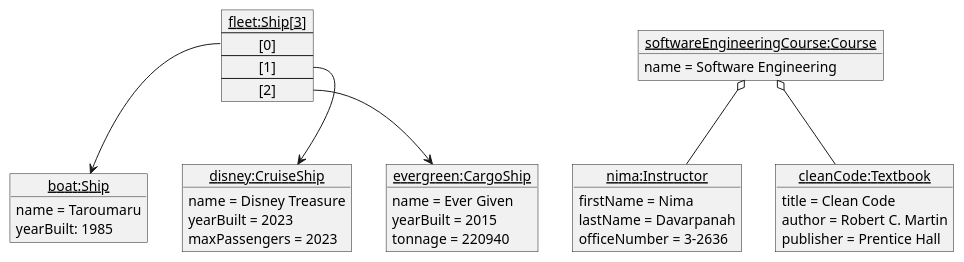
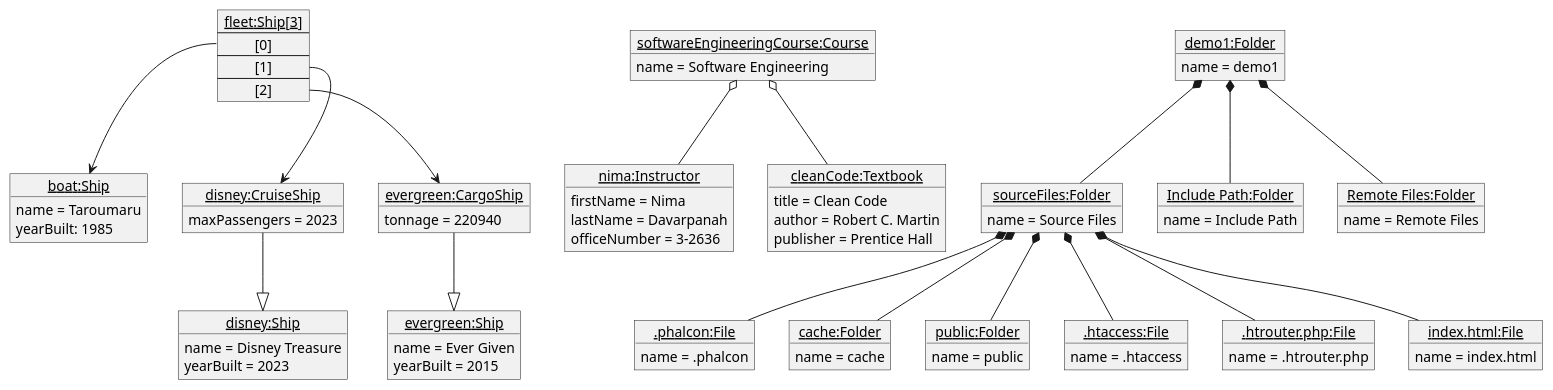
The diagram in src/Homework_3/HW3_Object_Diagrams.puml (Lex-ari/CS4800-Projects), drawn with PlantUML before and after one commit.

Commit message:
Complete Part 4 of HW3

```diff
--- a/src/Homework_3/HW3_Object_Diagrams.puml
+++ b/src/Homework_3/HW3_Object_Diagrams.puml
@@ -1,45 +1,96 @@
 @startuml
 'https://plantuml.com/object-diagram
 
 object "<u>boat:Ship</u>" as taroumaru{
 name = Taroumaru
 yearBuilt: 1985
 }
 
 object "<u>disney:CruiseShip</u>" as disney{
-name = Disney Treasure
-yearBuilt = 2023
 maxPassengers = 2023
 }
 
+object "<u>disney:Ship</u>" as disneyShip{
+name = Disney Treasure
+yearBuilt = 2023
+}
+
 object "<u>evergreen:CargoShip</u>" as evergreen{
+tonnage = 220940
+}
+
+object "<u>evergreen:Ship</u>" as evergreenShip{
 name = Ever Given
 yearBuilt = 2015
-tonnage = 220940
 }
+
 
 map "<u>fleet:Ship[3]</u>" as fleet{
 [0] *--> taroumaru
 [1] *--> disney
 [2] *--> evergreen
 }
+disney --|> disneyShip
+evergreen --|> evergreenShip
 
 object "<u>softwareEngineeringCourse:Course</u>" as softwareEngineeringCourse{
 name = Software Engineering
 }
 
 object "<u>nima:Instructor</u>" as nima{
 firstName = Nima
 lastName = Davarpanah
 officeNumber = 3-2636
 }
 
 object "<u>cleanCode:Textbook</u>" as cleanCode{
 title = Clean Code
 author = Robert C. Martin
 publisher = Prentice Hall
 }
 
 softwareEngineeringCourse o-- nima
 softwareEngineeringCourse o-- cleanCode
+
+object "<u>demo1:Folder</u>" as demo1{
+name = demo1
+}
+object "<u>sourceFiles:Folder</u>" as sourceFiles{
+name = Source Files
+}
+object "<u>.phalcon:File</u>" as .phalcon{
+name = .phalcon
+}
+object "<u>cache:Folder</u>" as cache{
+name = cache
+}
+object "<u>public:Folder</u>" as public{
+name = public
+}
+object "<u>.htaccess:File</u>" as .htaccess{
+name = .htaccess
+}
+object "<u>.htrouter.php:File</u>" as htrouterphp{
+name = .htrouter.php
+}
+object "<u>index.html:File</u>" as indexhtml{
+name = index.html
+}
+object "<u>Include Path:Folder</u>" as includePath{
+name = Include Path
+}
+object "<u>Remote Files:Folder</u>" as remoteFiles{
+name = Remote Files
+}
+demo1 *-- sourceFiles
+sourceFiles *-- .phalcon
+sourceFiles *-- cache
+sourceFiles *-- public
+sourceFiles *-- .htaccess
+sourceFiles *-- htrouterphp
+sourceFiles *-- indexhtml
+demo1 *-- includePath
+demo1 *-- remoteFiles
+
+
 @enduml
```
